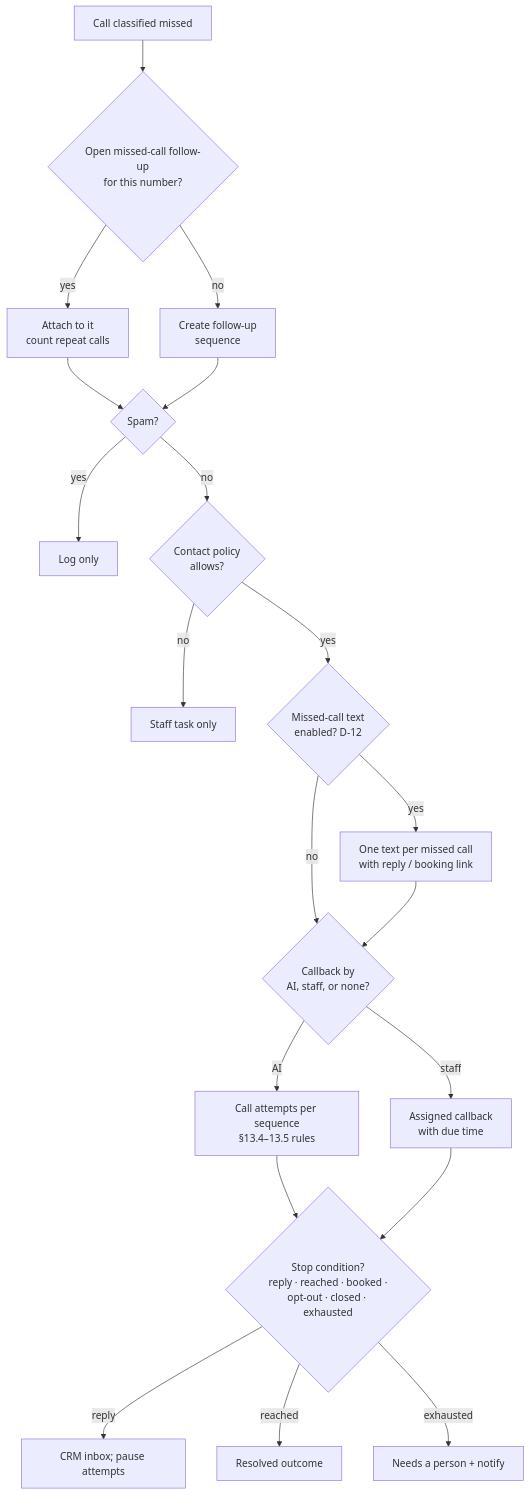
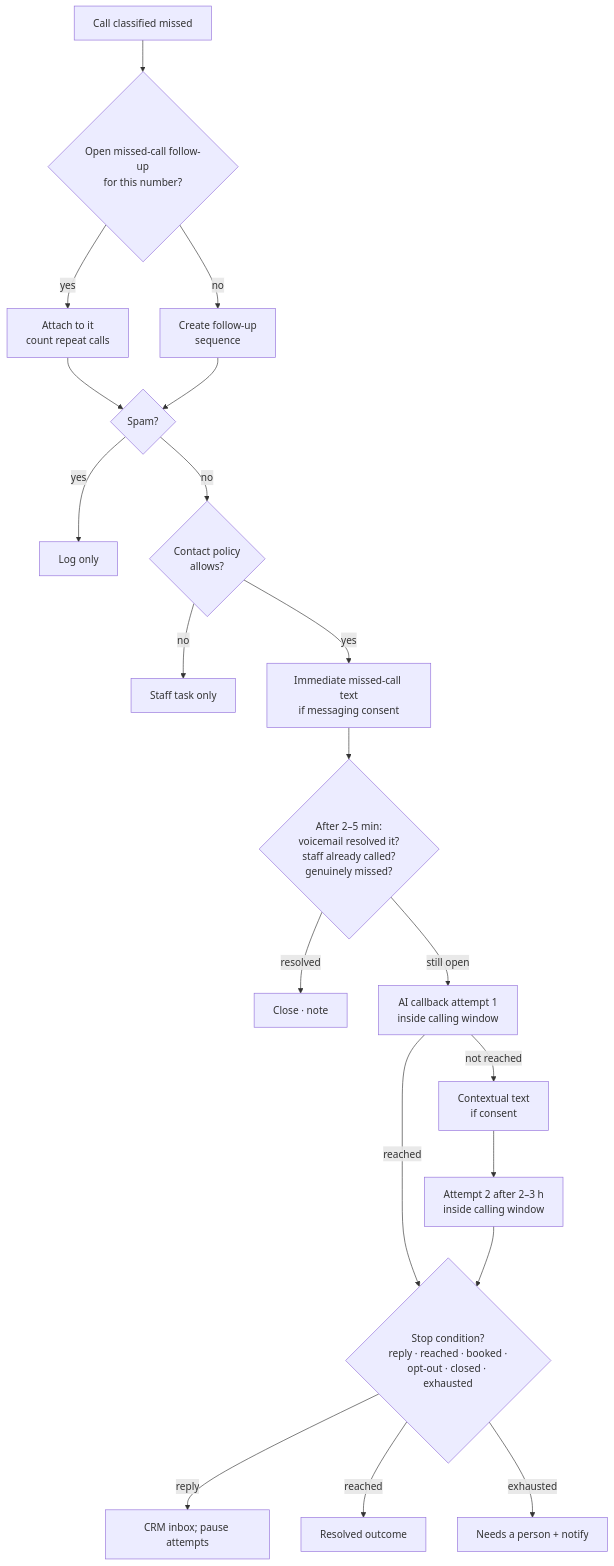
Before and after one commit to singhdhruv525-source/Zella-AI: the eighth of 17 diagrams in docs/ARCHITECTURE.md, drawn with Mermaid. The commit also changed other lines of this file, not shown here.

First line of the commit message:
Architecture: apply the owner's 9 Nov decisions (work in progress)

````diff
--- a/docs/ARCHITECTURE.md
+++ b/docs/ARCHITECTURE.md
@@ -618,20 +633,21 @@
 ```mermaid
 flowchart TD
   m[Call classified missed] --> grp{Open missed-call follow-up<br/>for this number?}
   grp -- yes --> merge[Attach to it<br/>count repeat calls]
   grp -- no --> cr[Create follow-up<br/>sequence]
   merge & cr --> spam{Spam?}
   spam -- yes --> log[Log only]
   spam -- no --> pol{Contact policy<br/>allows?}
   pol -- no --> staff[Staff task only]
-  pol -- yes --> txt{Missed-call text<br/>enabled? D-12}
-  txt -- yes --> t1[One text per missed call<br/>with reply / booking link]
-  txt -- no --> cb
-  t1 --> cb{Callback by<br/>AI, staff, or none?}
-  cb -- AI --> seq[Call attempts per sequence<br/>§13.4–13.5 rules]
-  cb -- staff --> task[Assigned callback<br/>with due time]
-  seq & task --> stop{Stop condition?<br/>reply · reached · booked ·<br/>opt-out · closed · exhausted}
+  pol -- yes --> txt[Immediate missed-call text<br/>if messaging consent]
+  txt --> chk{After 2–5 min:<br/>voicemail resolved it?<br/>staff already called?<br/>genuinely missed?}
+  chk -- resolved --> done2[Close · note]
+  chk -- still open --> a1[AI callback attempt 1<br/>inside calling window]
+  a1 -- not reached --> m1[Contextual text<br/>if consent]
+  m1 --> a2[Attempt 2 after 2–3 h<br/>inside calling window]
+  a1 -- reached --> stop
+  a2 --> stop{Stop condition?<br/>reply · reached · booked ·<br/>opt-out · closed · exhausted}
   stop -- reply --> inbox[CRM inbox; pause attempts]
   stop -- reached --> done[Resolved outcome]
   stop -- exhausted --> nr[Needs a person + notify]
 ```
````
